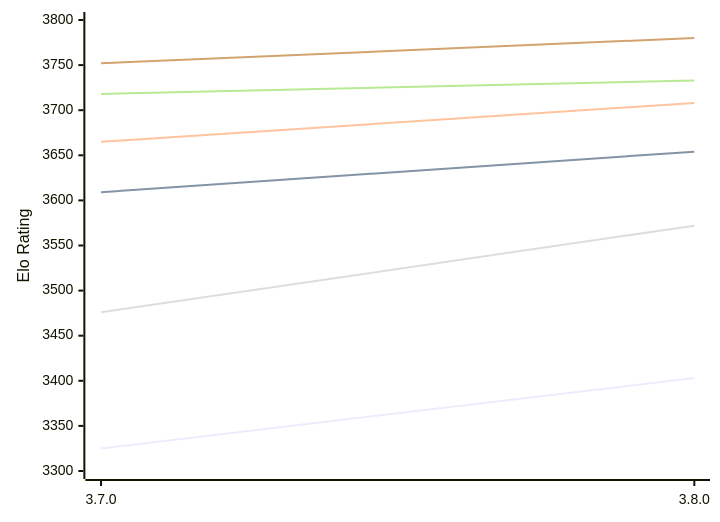
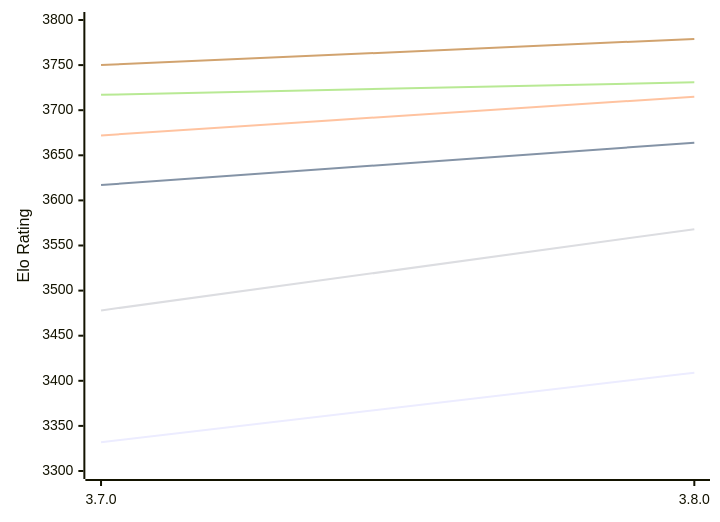
The first of 2 diagrams in engines/Igel.md (computer-chess-index/cci), drawn with Mermaid before and after one commit. The commit also changed other lines of this file, not shown here.

Commit message:
Update CCI Ratings (ELO VLTC) - 2026-11-10

````diff
--- a/engines/Igel.md
+++ b/engines/Igel.md
@@ -51,12 +51,12 @@
 ```mermaid
 %%{init: {"theme":"base","themeVariables":{"seriesColors:['#a3a3a3','#222221','#faa371']}}}%%
 xychart-beta
   x-axis ["3.7.0", "3.8.0"]
   y-axis "Elo Rating" 3300 --> 3800
-  line "E1: STC (8.0+0.08s)" [3325, 3403]
-  line "E1: LTC (60.0+0.60s)" [3609, 3654]
-  line "E1: VLTC (2m24s+1.12s)" [3665, 3708]
-  line "P1: STC (8.0+0.08s)" [3476, 3572]
-  line "P1: LTC (60.0+0.60s)" [3718, 3733]
-  line "P1: VLTC (2m24s+1.12s)" [3752, 3780]
+  line "E1: STC (8.0+0.08s)" [3332, 3409]
+  line "E1: LTC (60.0+0.60s)" [3617, 3664]
+  line "E1: VLTC (2m24s+1.12s)" [3672, 3715]
+  line "P1: STC (8.0+0.08s)" [3478, 3568]
+  line "P1: LTC (60.0+0.60s)" [3717, 3731]
+  line "P1: VLTC (2m24s+1.12s)" [3750, 3779]
 ```
````
